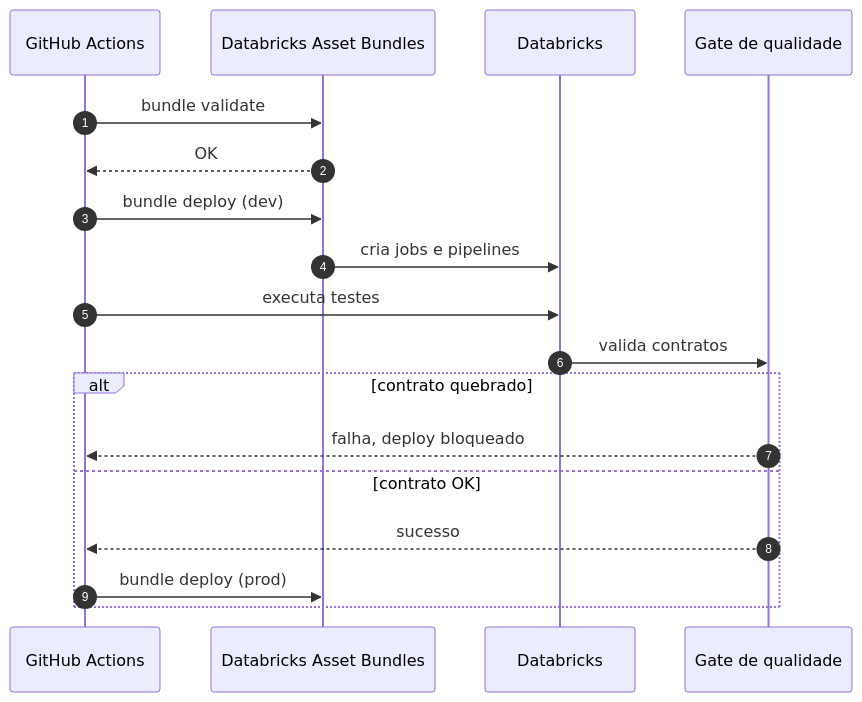
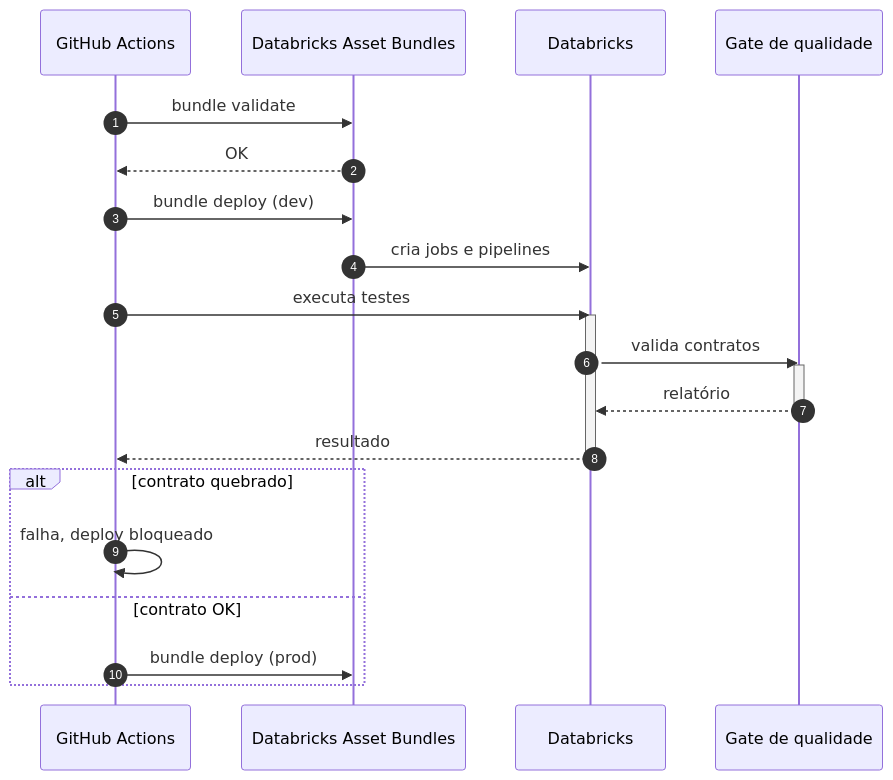
Before and after one commit to v-amorim/portfolio: the sixth of 25 diagrams in docs/blog/exemplos-mermaid.md, drawn with Mermaid. The commit also changed other lines of this file and 5 other files, not shown here.

Commit message:
content: reframe the Mermaid post as a Moonlight theme gallery with per-diagram notes

````diff
--- a/docs/blog/exemplos-mermaid.md
+++ b/docs/blog/exemplos-mermaid.md
@@ -120,20 +133,25 @@
 ```mermaid
 sequenceDiagram
     autonumber
     participant GH as GitHub Actions
     participant DAB as Databricks Asset Bundles
     participant DBX as Databricks
     participant DQ as Gate de qualidade
     GH->>DAB: bundle validate
     DAB-->>GH: OK
     GH->>DAB: bundle deploy (dev)
     DAB->>DBX: cria jobs e pipelines
     GH->>DBX: executa testes
+    activate DBX
     DBX->>DQ: valida contratos
+    activate DQ
+    DQ-->>DBX: relatório
+    deactivate DQ
+    DBX-->>GH: resultado
+    deactivate DBX
     alt contrato quebrado
-        DQ-->>GH: falha, deploy bloqueado
+        GH->>GH: falha, deploy bloqueado
     else contrato OK
-        DQ-->>GH: sucesso
         GH->>DAB: bundle deploy (prod)
     end
 ```
````
